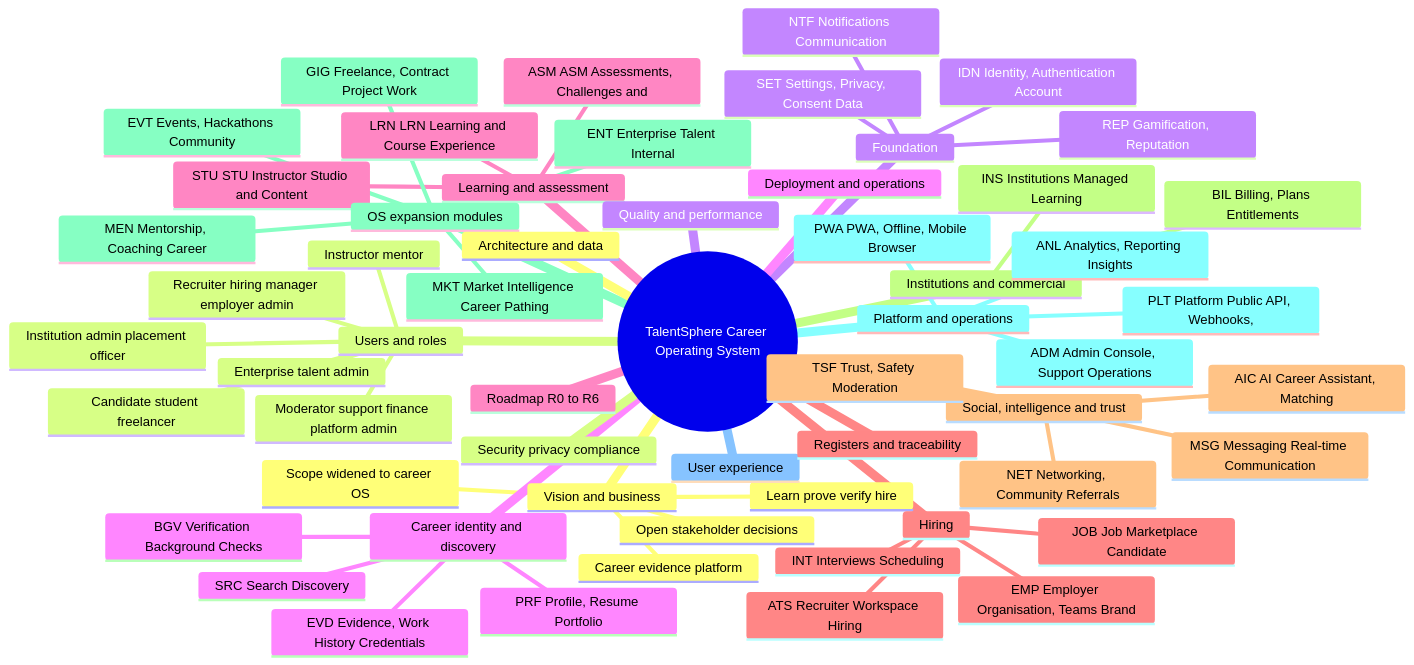
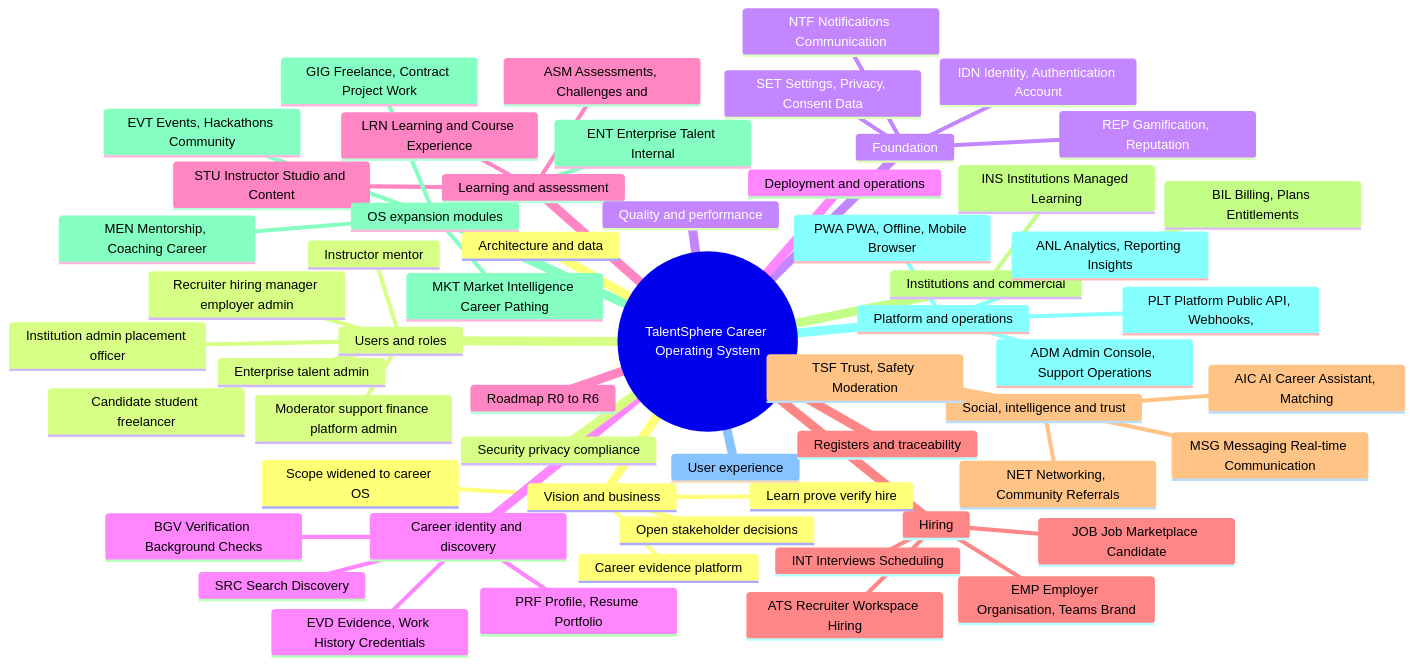
Before and after one commit to yhsomani/talentsphere-complete: the diagram in PRODUCT_BLUEPRINT/10_MINDMAPS/00_MASTER_MINDMAP.md, drawn with Mermaid. The commit also changed other lines of this file and 95 other files, not shown here.

````diff
--- a/PRODUCT_BLUEPRINT/10_MINDMAPS/00_MASTER_MINDMAP.md
+++ b/PRODUCT_BLUEPRINT/10_MINDMAPS/00_MASTER_MINDMAP.md
@@ -7,61 +7,61 @@
 ```mermaid
 mindmap
   root((TalentSphere Career Operating System))
     Vision and business
       Career evidence platform
       Learn prove verify hire
       Scope widened to career OS
       Open stakeholder decisions
     Users and roles
       Candidate student freelancer
       Instructor mentor
       Recruiter hiring manager employer admin
       Institution admin placement officer
       Enterprise talent admin
       Moderator support finance platform admin
     Foundation
       IDN Identity, Authentication Account
       SET Settings, Privacy, Consent Data
       NTF Notifications Communication
       REP Gamification, Reputation
     Career identity and discovery
       PRF Profile, Resume Portfolio
       EVD Evidence, Work History Credentials
       BGV Verification Background Checks
       SRC Search Discovery
     Learning and assessment
-      LRN LRN Learning and Course Experience
-      STU STU Instructor Studio and Content
-      ASM ASM Assessments, Challenges and
+      LRN Learning and Course Experience
+      STU Instructor Studio and Content
+      ASM Assessments, Challenges and
     Hiring
       JOB Job Marketplace Candidate
       ATS Recruiter Workspace Hiring
       INT Interviews Scheduling
       EMP Employer Organisation, Teams Brand
     Social, intelligence and trust
       NET Networking, Community Referrals
       MSG Messaging Real-time Communication
       AIC AI Career Assistant, Matching
       TSF Trust, Safety Moderation
     Institutions and commercial
       INS Institutions Managed Learning
       BIL Billing, Plans Entitlements
     OS expansion modules
       MEN Mentorship, Coaching Career
       GIG Freelance, Contract Project Work
       EVT Events, Hackathons Community
       MKT Market Intelligence Career Pathing
       ENT Enterprise Talent Internal
     Platform and operations
       ANL Analytics, Reporting Insights
       ADM Admin Console, Support Operations
       PWA PWA, Offline, Mobile Browser
       PLT Platform Public API, Webhooks,
     User experience
     Architecture and data
     Security privacy compliance
     Quality and performance
     Deployment and operations
     Roadmap R0 to R6
     Registers and traceability
 ```
````
